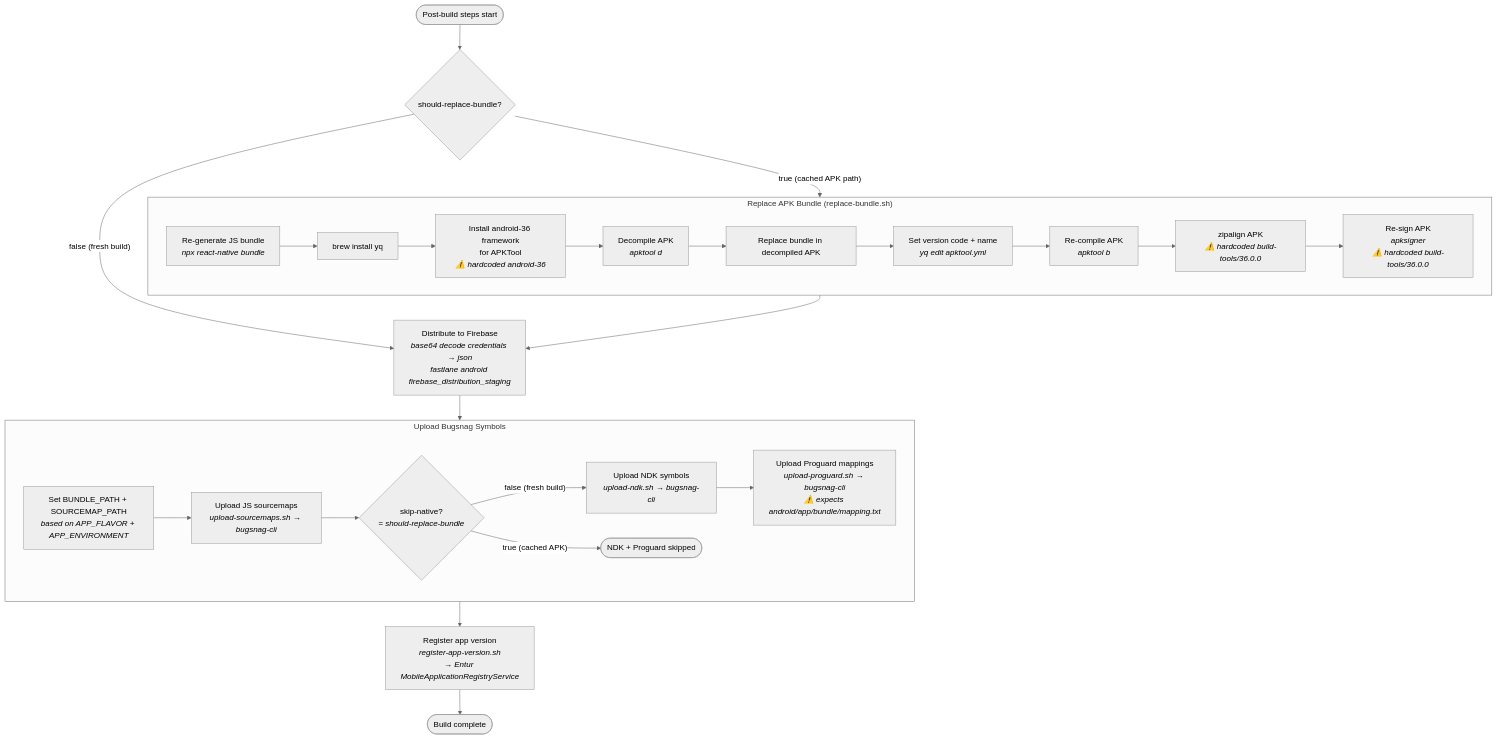
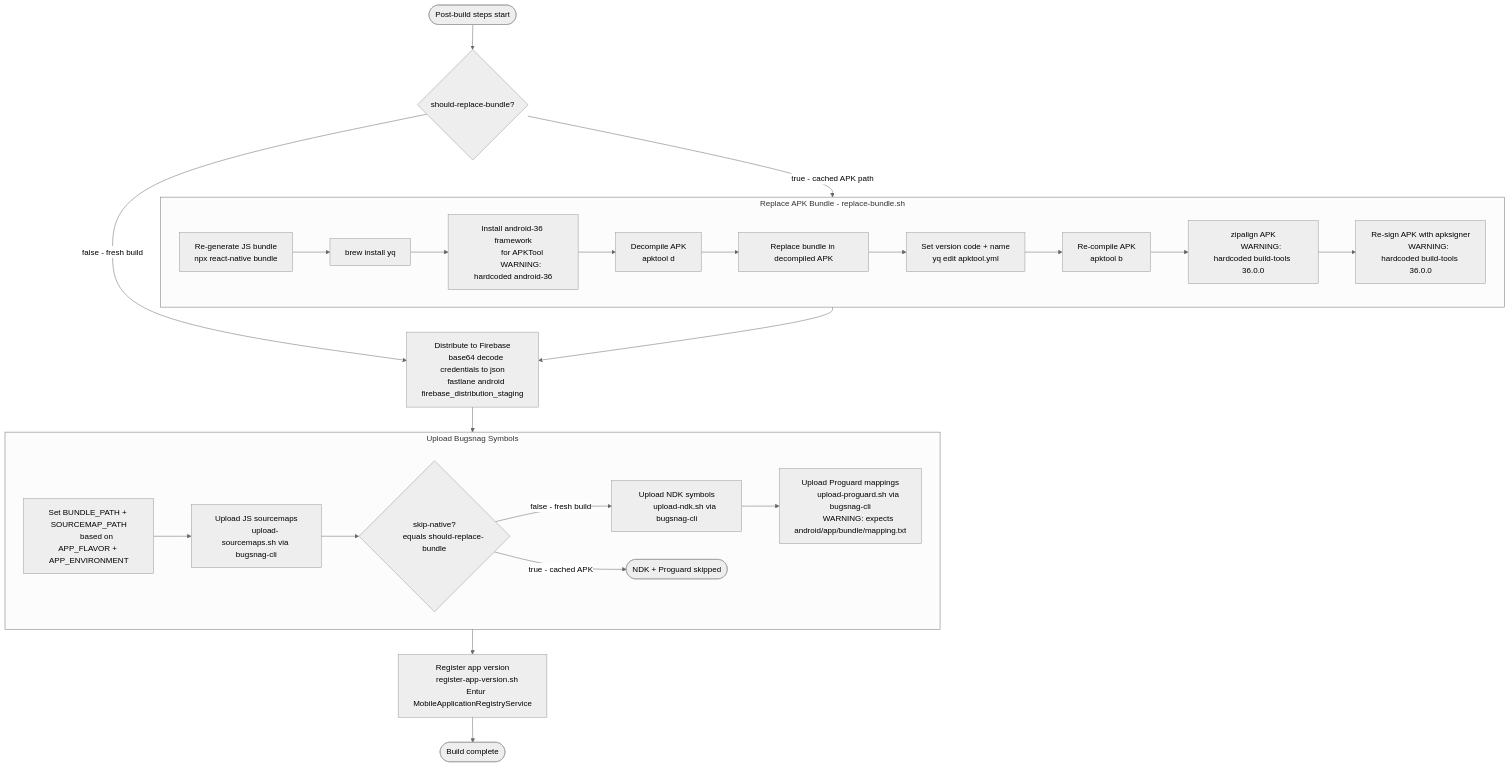
One commit to AtB-AS/mittatb-app changed the fourth of 6 diagrams in docs/android-build-staging-graph.md. Above: the diagram before and after it, drawn with Mermaid (neutral theme). The commit also changed other lines of this file, not shown here.

Commit message:
update docs android

````diff
--- a/docs/android-build-staging-graph.md
+++ b/docs/android-build-staging-graph.md
@@ -159,48 +209,66 @@
 ```mermaid
 flowchart TD
-    start([Post-build steps start])
+    start(["Post-build steps start"])
 
-    start --> replace_check{should-replace-bundle?}
+    start --> replace_check{"should-replace-bundle?"}
 
-    replace_check -- "true (cached APK path)" --> replace_bundle
-    replace_check -- "false (fresh build)" --> firebase
+    replace_check -- "true - cached APK path" --> replace_bundle
+    replace_check -- "false - fresh build" --> firebase
 
-    subgraph replace_bundle ["Replace APK Bundle (replace-bundle.sh)"]
-        rb_bundle[Re-generate JS bundle<br/><i>npx react-native bundle</i>]
-        rb_yq[brew install yq]
-        rb_framework[Install android-36 framework<br/>for APKTool<br/><i>⚠️ hardcoded android-36</i>]
-        rb_decompile[Decompile APK<br/><i>apktool d</i>]
-        rb_replace[Replace bundle in decompiled APK]
-        rb_version[Set version code + name<br/><i>yq edit apktool.yml</i>]
-        rb_recompile[Re-compile APK<br/><i>apktool b</i>]
-        rb_align[zipalign APK<br/><i>⚠️ hardcoded build-tools/36.0.0</i>]
-        rb_sign[Re-sign APK<br/><i>apksigner<br/>⚠️ hardcoded build-tools/36.0.0</i>]
+    subgraph replace_bundle ["Replace APK Bundle - replace-bundle.sh"]
+        rb_bundle["Re-generate JS bundle
+        npx react-native bundle"]
+        rb_yq["brew install yq"]
+        rb_framework["Install android-36 framework
+        for APKTool
+        WARNING: hardcoded android-36"]
+        rb_decompile["Decompile APK
+        apktool d"]
+        rb_replace["Replace bundle in decompiled APK"]
+        rb_version["Set version code + name
+        yq edit apktool.yml"]
+        rb_recompile["Re-compile APK
+        apktool b"]
+        rb_align["zipalign APK
+        WARNING: hardcoded build-tools 36.0.0"]
+        rb_sign["Re-sign APK with apksigner
+        WARNING: hardcoded build-tools 36.0.0"]
 
         rb_bundle --> rb_yq --> rb_framework --> rb_decompile
         rb_decompile --> rb_replace --> rb_version
         rb_version --> rb_recompile --> rb_align --> rb_sign
     end
 
     replace_bundle --> firebase
 
-    firebase[Distribute to Firebase<br/><i>base64 decode credentials → json<br/>fastlane android firebase_distribution_staging</i>]
+    firebase["Distribute to Firebase
+    base64 decode credentials to json
+    fastlane android firebase_distribution_staging"]
 
     firebase --> bugsnag_upload
 
     subgraph bugsnag_upload ["Upload Bugsnag Symbols"]
-        bs_set[Set BUNDLE_PATH + SOURCEMAP_PATH<br/><i>based on APP_FLAVOR + APP_ENVIRONMENT</i>]
-        bs_sourcemaps[Upload JS sourcemaps<br/><i>upload-sourcemaps.sh → bugsnag-cli</i>]
-        bs_native_check{skip-native?<br/><i>= should-replace-bundle</i>}
-        bs_ndk[Upload NDK symbols<br/><i>upload-ndk.sh → bugsnag-cli</i>]
-        bs_proguard[Upload Proguard mappings<br/><i>upload-proguard.sh → bugsnag-cli<br/>⚠️ expects android/app/bundle/mapping.txt</i>]
-        bs_skip_native([NDK + Proguard skipped])
+        bs_set["Set BUNDLE_PATH + SOURCEMAP_PATH
+        based on APP_FLAVOR + APP_ENVIRONMENT"]
+        bs_sourcemaps["Upload JS sourcemaps
+        upload-sourcemaps.sh via bugsnag-cli"]
+        bs_native_check{"skip-native?
+        equals should-replace-bundle"}
+        bs_ndk["Upload NDK symbols
+        upload-ndk.sh via bugsnag-cli"]
+        bs_proguard["Upload Proguard mappings
+        upload-proguard.sh via bugsnag-cli
+        WARNING: expects android/app/bundle/mapping.txt"]
+        bs_skip_native(["NDK + Proguard skipped"])
 
         bs_set --> bs_sourcemaps --> bs_native_check
-        bs_native_check -- "false (fresh build)" --> bs_ndk --> bs_proguard
-        bs_native_check -- "true (cached APK)" --> bs_skip_native
+        bs_native_check -- "false - fresh build" --> bs_ndk --> bs_proguard
+        bs_native_check -- "true - cached APK" --> bs_skip_native
     end
 
-    bugsnag_upload --> register[Register app version<br/><i>register-app-version.sh<br/>→ Entur MobileApplicationRegistryService</i>]
+    bugsnag_upload --> register["Register app version
+    register-app-version.sh
+    Entur MobileApplicationRegistryService"]
 
-    register --> done([Build complete])
+    register --> done(["Build complete"])
 ```
````
